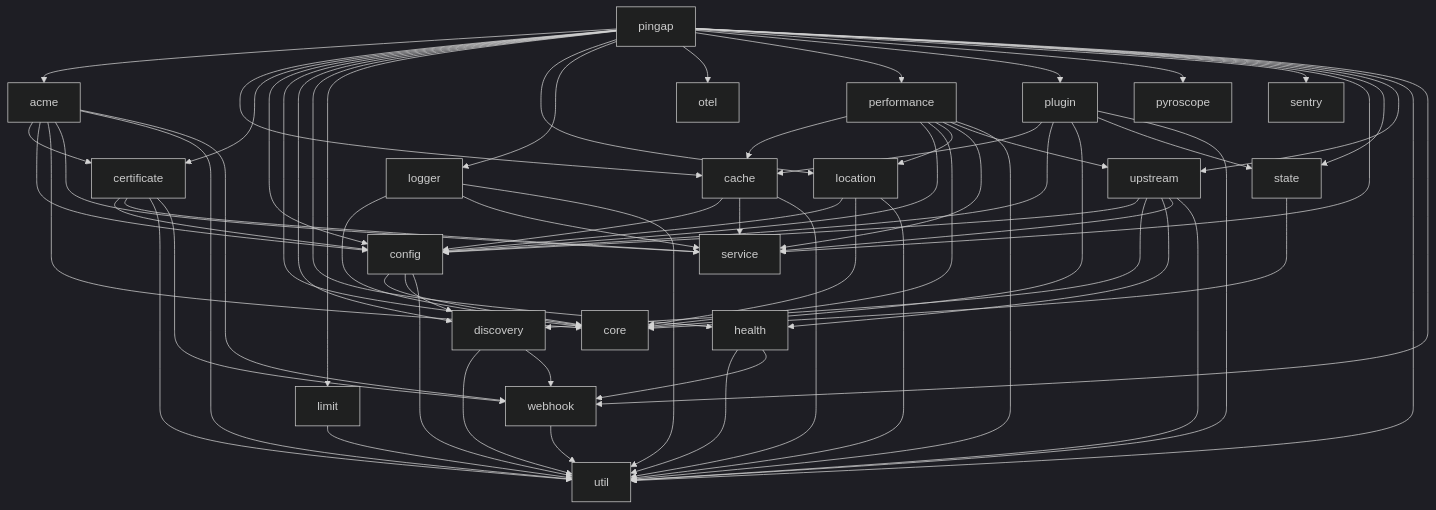
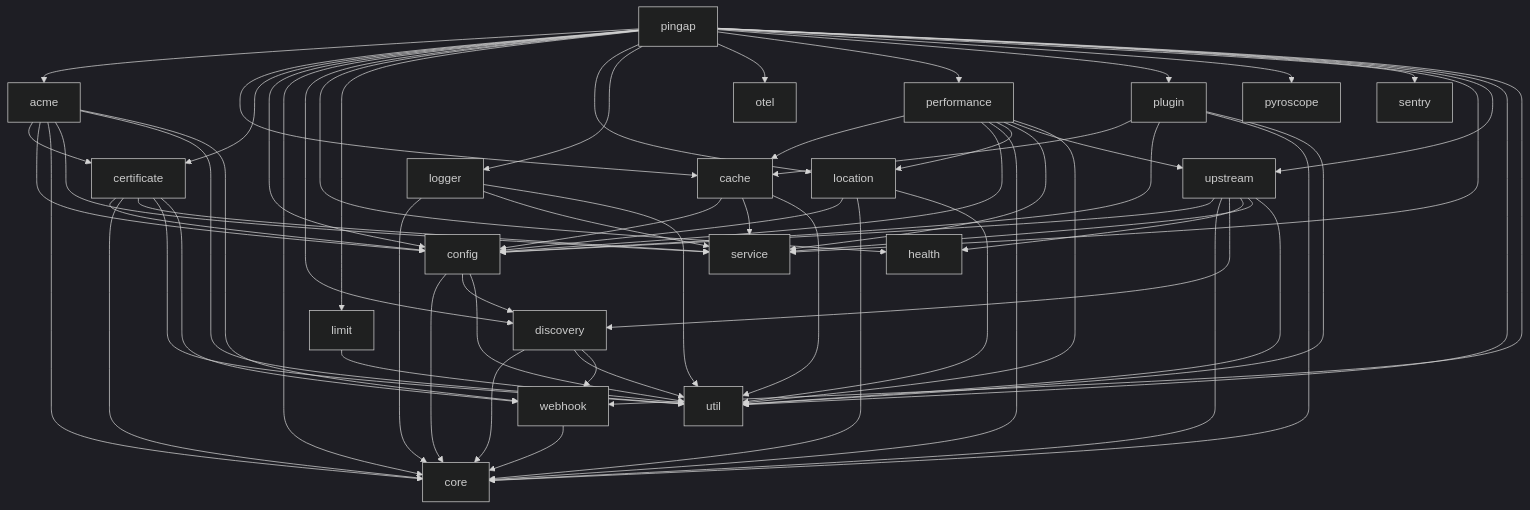
Before and after one commit to vicanso/pingap: the diagram in docs/modules.md, drawn with Mermaid (dark theme). The commit also changed 42 other files, not shown here.

```diff
--- a/docs/modules.md
+++ b/docs/modules.md
@@ -14,6 +14,7 @@
     cache --> util
 
     certificate --> config
+    certificate --> core
     certificate --> service
     certificate --> util
     certificate --> webhook
@@ -22,11 +23,9 @@
     config --> discovery
     config --> util
 
+    discovery --> core
     discovery --> util
     discovery --> webhook
-
-    health --> util
-    health --> webhook
 
     limit --> util
 
@@ -49,18 +48,16 @@
     plugin --> cache
     plugin --> config
     plugin --> core
-    plugin --> state
     plugin --> util
 
-    state --> core
-
     upstream --> config
+    upstream --> core
     upstream --> discovery
     upstream --> health
     upstream --> service
     upstream --> util
 
-    webhook --> util
+    webhook --> core
 
     pingap --> acme
     pingap --> cache
@@ -78,7 +75,6 @@
     pingap --> pyroscope
     pingap --> sentry
     pingap --> service
-    pingap --> state
     pingap --> upstream
     pingap --> util
     pingap --> webhook
```
